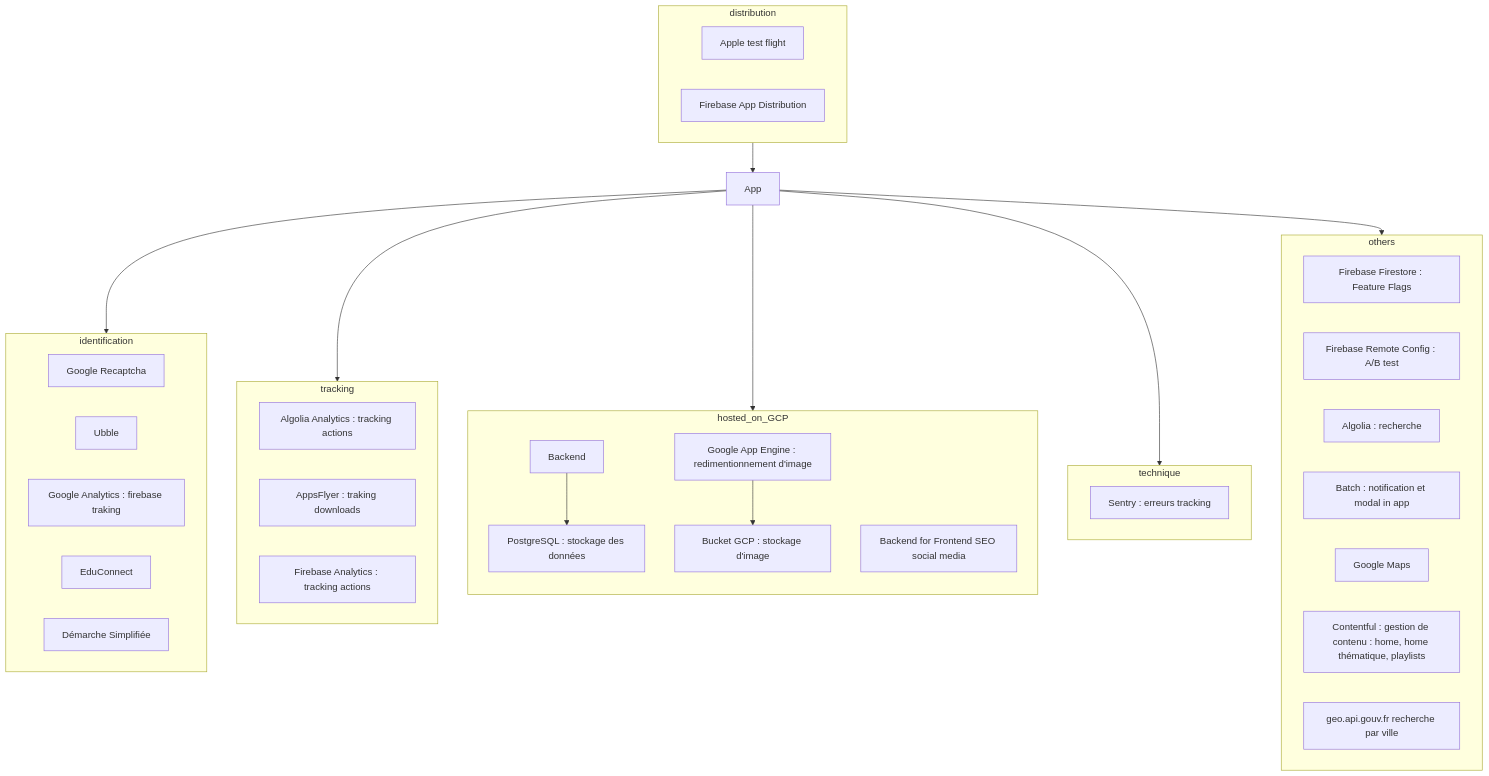
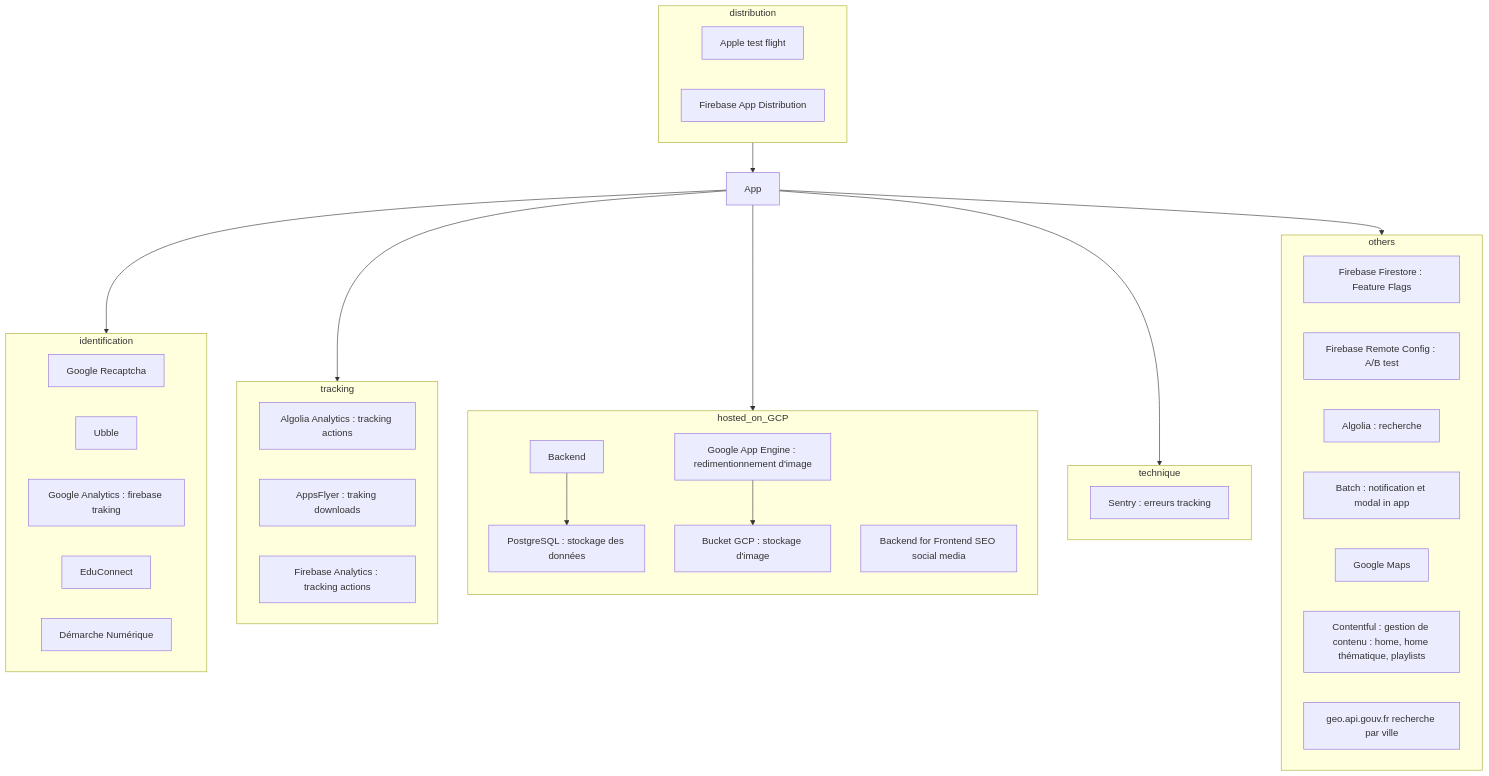
The first of 2 diagrams in doc/architecture/2_input-output-externe.md (pass-culture/pass-culture-app-native), drawn with Mermaid before and after one commit. The commit also changed 23 other files, not shown here.

Commit message:
(PC-38937) chore(DS): Démarches Simplifiées -> Démarche Numérique

````diff
--- a/doc/architecture/2_input-output-externe.md
+++ b/doc/architecture/2_input-output-externe.md
@@ -5,42 +5,42 @@
 ```mermaid
 flowchart TB
   App["App"]
   subgraph identification
     Google_Recaptcha["Google Recaptcha"]
     Ubble["Ubble"]
     Google["Google SSO"]
     Educonnect["EduConnect"]
-    DMS["Démarche Simplifiée"]
+    DMS["Démarche Numérique"]
   end
   subgraph tracking
     Algolia_Analytics["Algolia Analytics : tracking actions"]
     AppsFlyer["AppsFlyer : traking downloads"]
     Firebase_Analytics["Firebase Analytics : tracking actions"]
   end
   subgraph hosted_on_GCP
     direction TB
 
     Backend["Backend"] --> Postgresql["PostgreSQL : stockage des données"]
     image_resize["Google App Engine : redimentionnement d'image"] --> bucket_image["Bucket GCP : stockage d'image"]
     Backend_for_Frontend["Backend for Frontend SEO social media"]
   end
   subgraph technique
     Sentry["Sentry : erreurs tracking"]
   end
   subgraph distribution
     Apple["Apple test flight"]
     Firebase_App_Distribution["Firebase App Distribution"]
   end
   subgraph others
     Firebase_Firestore["Firebase Firestore : Feature Flags"]
     Firebase_Remote_Config["Firebase Remote Config : A/B test"]
     Google["Google Analytics : firebase traking"]
     Algolia["Algolia : recherche"]
     Batch["Batch : notification et modal in app"]
     Google_Maps["Google Maps"]
     Contentful["Contentful : gestion de contenu : home, home thématique, playlists"]
     geo_api_gouv["geo.api.gouv.fr recherche par ville"]
   end
   distribution --> App
   App --> identification & tracking & hosted_on_GCP & technique & others
 ```
````
